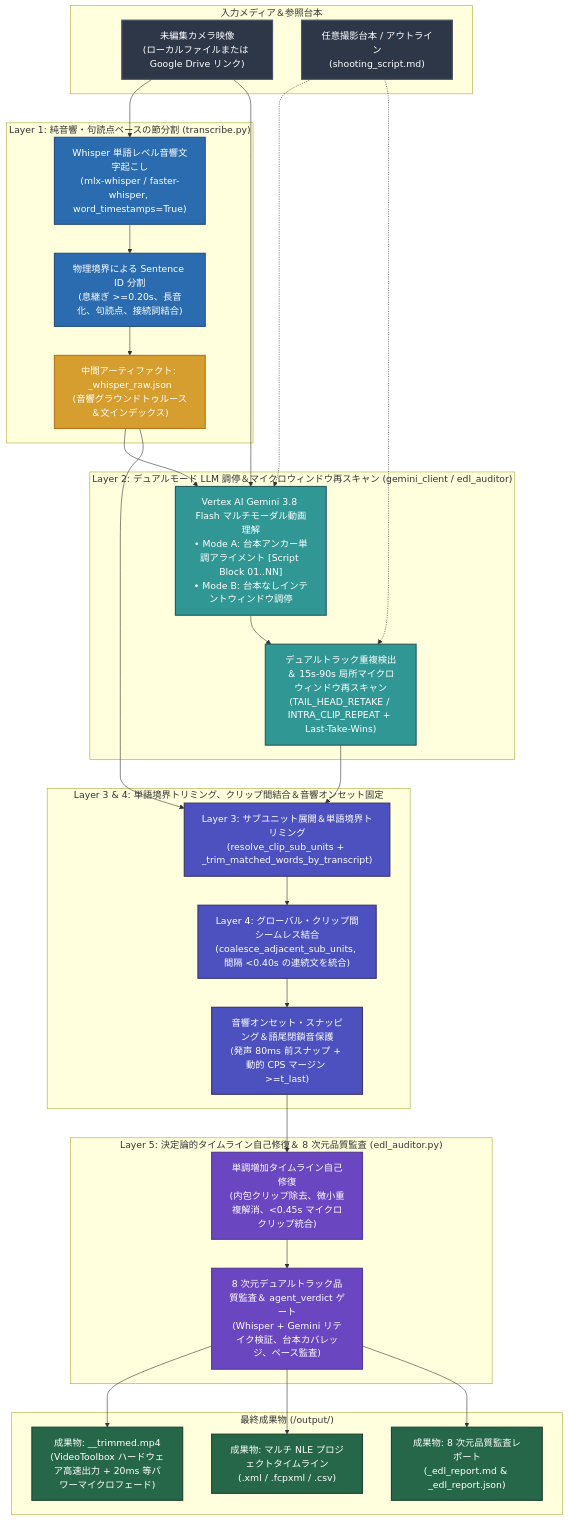
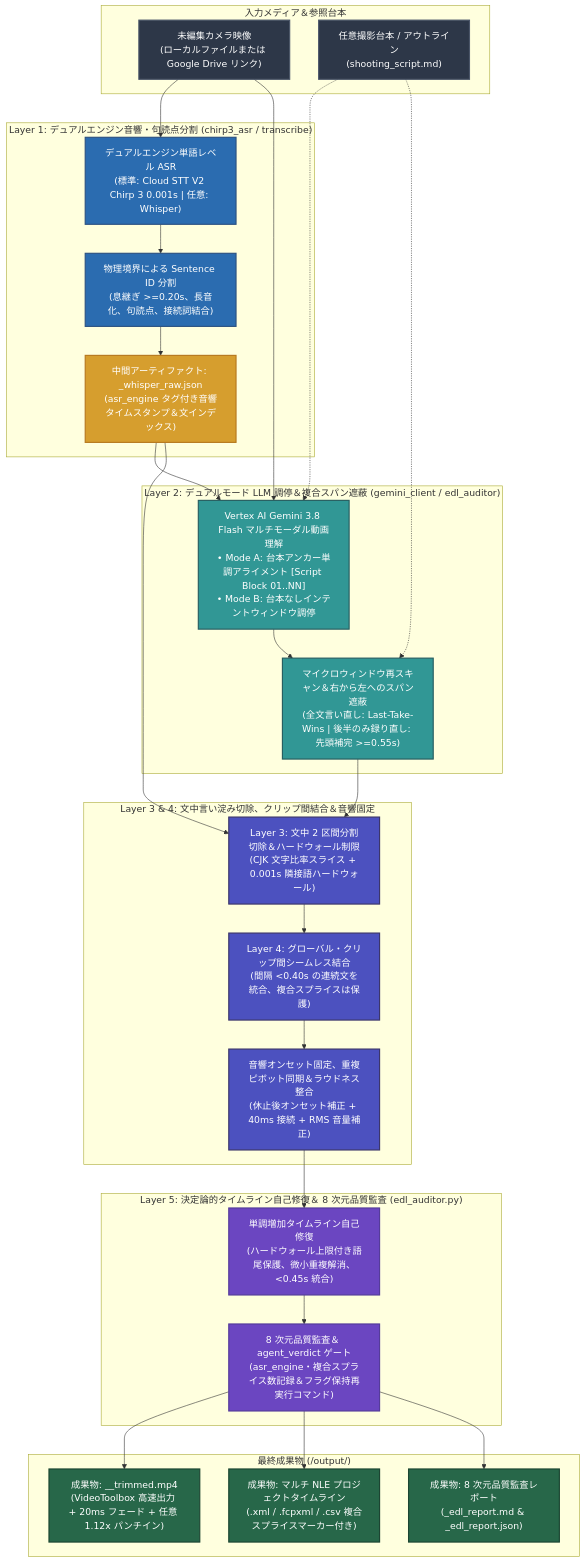
Before and after one commit to sylphlin/video-trimmer: the diagram in README.ja.md, drawn with Mermaid. The commit also changed other lines of this file and 28 other files, not shown here.

Commit message:
feat: add Chirp 3 default ASR, composite pick-up backfill, and coalesced LLM micro-window arbitration

````diff
--- a/README.ja.md
+++ b/README.ja.md
@@ -20,59 +20,59 @@
 ```mermaid
 flowchart TD
     classDef inputStyle fill:#2D3748,stroke:#4A5568,stroke-width:2px,color:#fff;
     classDef stage1Style fill:#2B6CB0,stroke:#2C5282,stroke-width:2px,color:#fff;
     classDef stage2Style fill:#319795,stroke:#285E61,stroke-width:2px,color:#fff;
     classDef stage3Style fill:#4C51BF,stroke:#3C366B,stroke-width:2px,color:#fff;
     classDef stage4Style fill:#6B46C1,stroke:#553C9A,stroke-width:2px,color:#fff;
     classDef artifactStyle fill:#D69E2E,stroke:#B7791F,stroke-width:2px,color:#fff;
     classDef outputStyle fill:#276749,stroke:#1C4532,stroke-width:2px,color:#fff;
 
     subgraph Inputs["入力メディア＆参照台本"]
         IN["未編集カメラ映像<br/>(ローカルファイルまたは Google Drive リンク)"]:::inputStyle
         SC["任意撮影台本 / アウトライン<br/>(shooting_script.md)"]:::inputStyle
     end
 
-    subgraph L1["Layer 1: 純音響・句読点ベースの節分割 (transcribe.py)"]
-        W_ASR["Whisper 単語レベル音響文字起こし<br/>(mlx-whisper / faster-whisper, word_timestamps=True)"]:::stage1Style
+    subgraph L1["Layer 1: デュアルエンジン音響・句読点分割 (chirp3_asr / transcribe)"]
+        W_ASR["デュアルエンジン単語レベル ASR<br/>(標準: Cloud STT V2 Chirp 3 0.001s | 任意: Whisper)"]:::stage1Style
         S_SEG["物理境界による Sentence ID 分割<br/>(息継ぎ >=0.20s、長音化、句読点、接続詞結合)"]:::stage1Style
-        W_JSON["中間アーティファクト: <basename>_whisper_raw.json<br/>(音響グラウンドトゥルース＆文インデックス)"]:::artifactStyle
+        W_JSON["中間アーティファクト: <basename>_whisper_raw.json<br/>(asr_engine タグ付き音響タイムスタンプ＆文インデックス)"]:::artifactStyle
         W_ASR --> S_SEG --> W_JSON
     end
 
-    subgraph L2["Layer 2: デュアルモード LLM 調停＆マイクロウィンドウ再スキャン (gemini_client / edl_auditor)"]
+    subgraph L2["Layer 2: デュアルモード LLM 調停＆複合スパン遮蔽 (gemini_client / edl_auditor)"]
         MODE["Vertex AI Gemini 3.8 Flash マルチモーダル動画理解<br/>• Mode A: 台本アンカー単調アライメント [Script Block 01..NN]<br/>• Mode B: 台本なしインテントウィンドウ調停"]:::stage2Style
-        REPAIR["デュアルトラック重複検出＆ 15s-90s 局所マイクロウィンドウ再スキャン<br/>(TAIL_HEAD_RETAKE / INTRA_CLIP_REPEAT + Last-Take-Wins)"]:::stage2Style
+        REPAIR["マイクロウィンドウ再スキャン＆右から左へのスパン遮蔽<br/>(全文言い直し: Last-Take-Wins | 後半のみ録り直し: 先頭補完 >=0.55s)"]:::stage2Style
         MODE --> REPAIR
     end
 
-    subgraph L3_L4["Layer 3 & 4: 単語境界トリミング、クリップ間結合＆音響オンセット固定"]
-        L3["Layer 3: サブユニット展開＆単語境界トリミング<br/>(resolve_clip_sub_units + _trim_matched_words_by_transcript)"]:::stage3Style
-        L4["Layer 4: グローバル・クリップ間シームレス結合<br/>(coalesce_adjacent_sub_units, 間隔 <0.40s の連続文を統合)"]:::stage3Style
-        AC["音響オンセット・スナッピング＆語尾閉鎖音保護<br/>(発声 80ms 前スナップ + 動的 CPS マージン >=t_last)"]:::stage3Style
+    subgraph L3_L4["Layer 3 & 4: 文中言い淀み切除、クリップ間結合＆音響固定"]
+        L3["Layer 3: 文中 2 区間分割切除＆ハードウォール制限<br/>(CJK 文字比率スライス + 0.001s 隣接語ハードウォール)"]:::stage3Style
+        L4["Layer 4: グローバル・クリップ間シームレス結合<br/>(間隔 <0.40s の連続文を統合、複合スプライスは保護)"]:::stage3Style
+        AC["音響オンセット固定、重複ピボット同期＆ラウドネス整合<br/>(休止後オンセット補正 + 40ms 接続 + RMS 音量補正)"]:::stage3Style
         L3 --> L4 --> AC
     end
 
     subgraph L5["Layer 5: 決定論的タイムライン自己修復＆ 8 次元品質監査 (edl_auditor.py)"]
-        SAN["単調増加タイムライン自己修復<br/>(内包クリップ除去、微小重複解消、<0.45s マイクロクリップ統合)"]:::stage4Style
-        AUD["8 次元デュアルトラック品質監査＆ agent_verdict ゲート<br/>(Whisper + Gemini リテイク検証、台本カバレッジ、ペース監査)"]:::stage4Style
+        SAN["単調増加タイムライン自己修復<br/>(ハードウォール上限付き語尾保護、微小重複解消、<0.45s 統合)"]:::stage4Style
+        AUD["8 次元品質監査＆ agent_verdict ゲート<br/>(asr_engine・複合スプライス数記録＆フラグ保持再実行コマンド)"]:::stage4Style
         SAN --> AUD
     end
 
     subgraph Deliverables["最終成果物 (<input_dir>/output/)"]
-        OUT_MP4["成果物: <basename>_<tag>_trimmed.mp4<br/>(VideoToolbox ハードウェア高速出力 + 20ms 等パワーマイクロフェード)"]:::outputStyle
-        OUT_NLE["成果物: マルチ NLE プロジェクトタイムライン<br/>(.xml / .fcpxml / .csv)"]:::outputStyle
+        OUT_MP4["成果物: <basename>_<tag>_trimmed.mp4<br/>(VideoToolbox 高速出力 + 20ms フェード + 任意 1.12x パンチイン)"]:::outputStyle
+        OUT_NLE["成果物: マルチ NLE プロジェクトタイムライン<br/>(.xml / .fcpxml / .csv 複合スプライスマーカー付き)"]:::outputStyle
         OUT_REP["成果物: 8 次元品質監査レポート<br/>(_edl_report.md & _edl_report.json)"]:::outputStyle
     end
 
     IN --> W_ASR
     IN --> MODE
     SC -.-> MODE
     W_JSON --> MODE
     SC -.-> REPAIR
     REPAIR --> L3
     W_JSON --> L3
     AC --> SAN
     AUD --> OUT_MP4
     AUD --> OUT_NLE
     AUD --> OUT_REP
 ```
````
